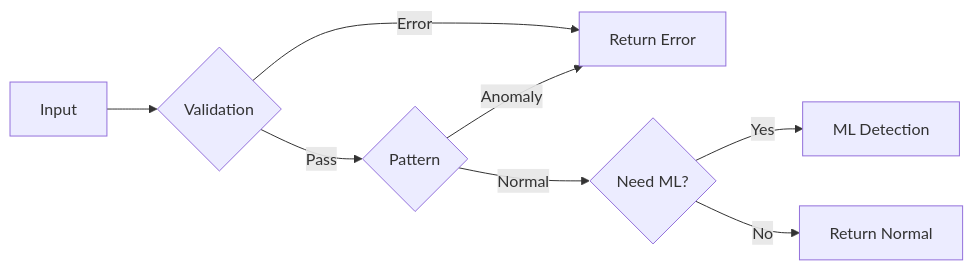
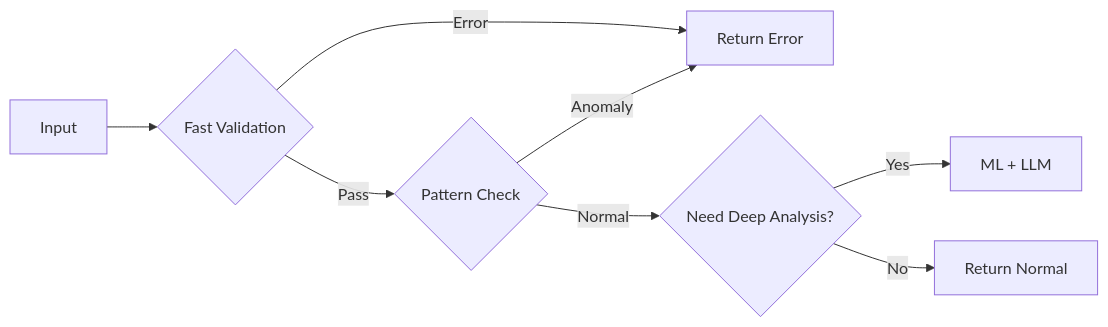
One commit to xafron-bv/data-quality-monitoring changed the fourth of 5 diagrams in docs/consolidated/theoretical-approach.md. Above: the diagram before and after it, drawn with Mermaid. The commit also changed other lines of this file and 7 other files, not shown here.

````diff
--- a/docs/consolidated/theoretical-approach.md
+++ b/docs/consolidated/theoretical-approach.md
@@ -363,10 +457,10 @@
 ```mermaid
 graph LR
-    A[Input] --> B{Validation}
+    A[Input] --> B{Fast Validation}
     B -->|Error| Z[Return Error]
-    B -->|Pass| C{Pattern}
+    B -->|Pass| C{Pattern Check}
     C -->|Anomaly| Z
-    C -->|Normal| D{Need ML?}
-    D -->|Yes| E[ML Detection]
+    C -->|Normal| D{Need Deep Analysis?}
+    D -->|Yes| E[ML + LLM]
     D -->|No| F[Return Normal]
 ```
````
